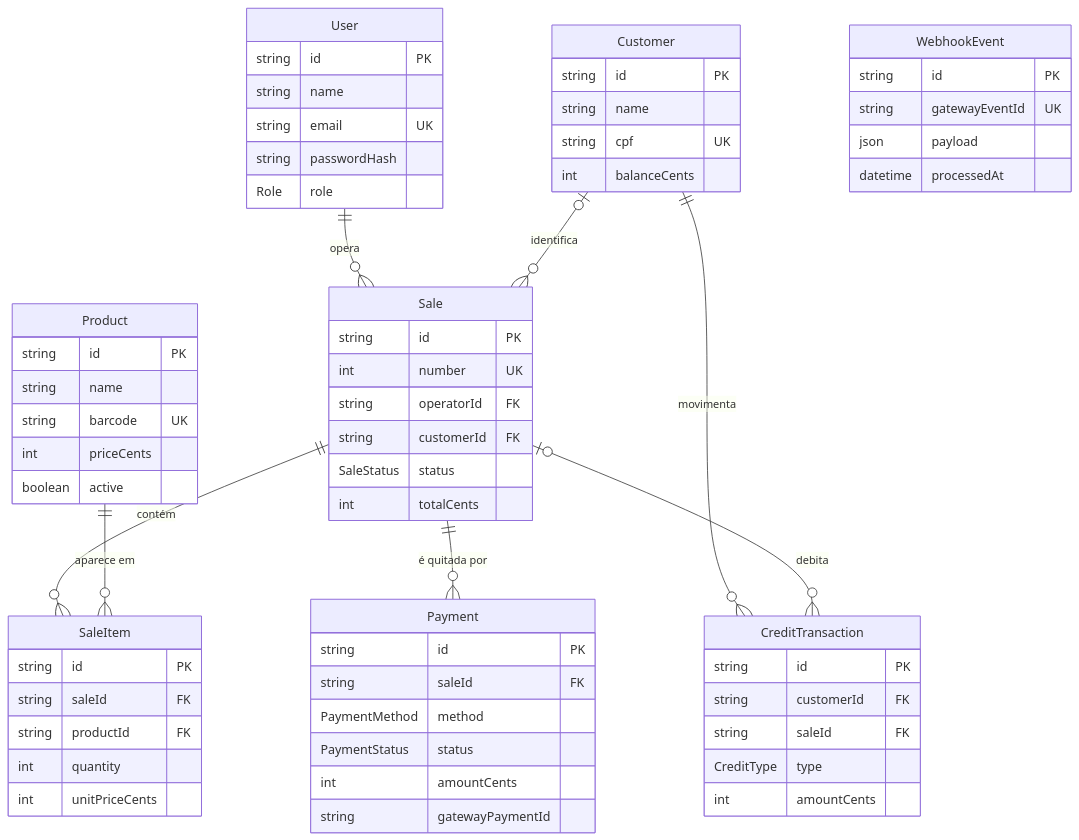
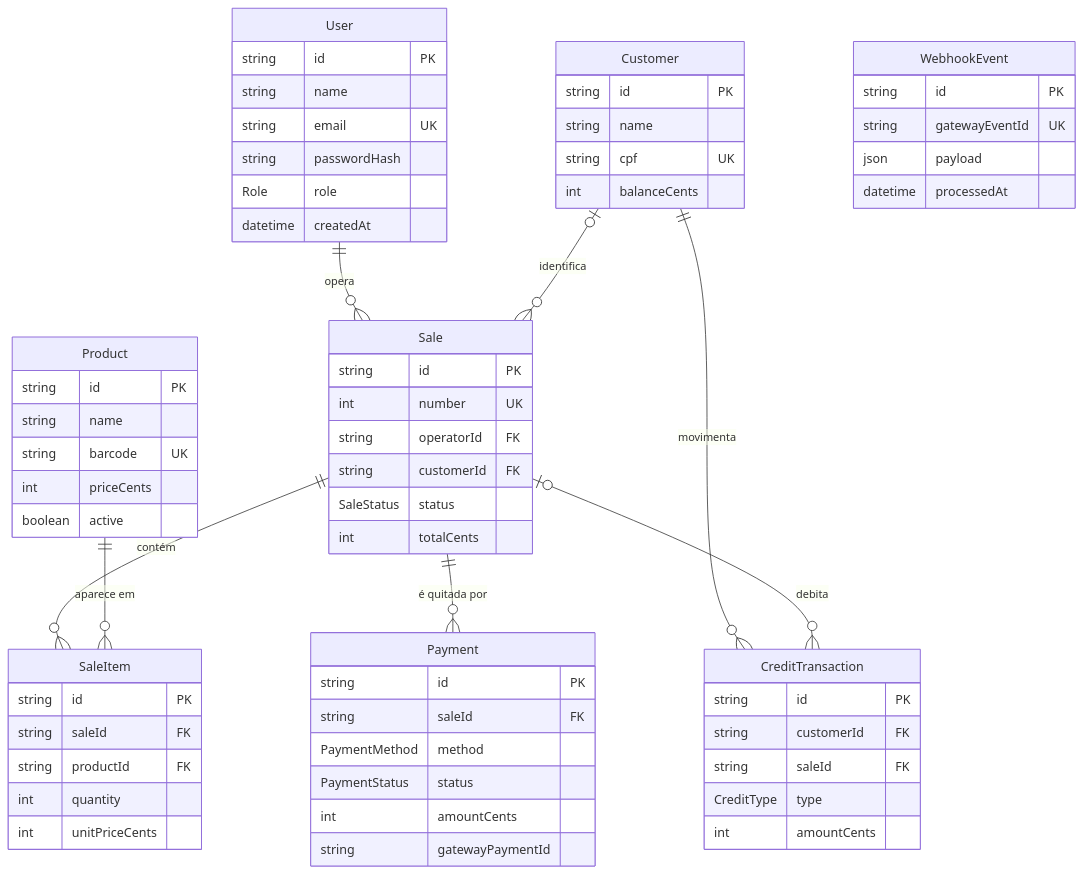
The diagram in docs/architecture.md (JhonPaulMR/bleep-checkout), drawn with Mermaid before and after one commit. The commit also changed other lines of this file and 97 other files, not shown here.

````diff
--- a/docs/architecture.md
+++ b/docs/architecture.md
@@ -189,67 +193,68 @@
 ```mermaid
 erDiagram
   User ||--o{ Sale : "opera"
   Customer |o--o{ Sale : "identifica"
   Customer ||--o{ CreditTransaction : "movimenta"
   Sale ||--o{ SaleItem : "contém"
   Product ||--o{ SaleItem : "aparece em"
   Sale ||--o{ Payment : "é quitada por"
   Sale |o--o{ CreditTransaction : "debita"
 
   User {
     string id PK
     string name
     string email UK
     string passwordHash
     Role role
+    datetime createdAt
   }
   Product {
     string id PK
     string name
     string barcode UK
     int priceCents
     boolean active
   }
   Customer {
     string id PK
     string name
     string cpf UK
     int balanceCents
   }
   CreditTransaction {
     string id PK
     string customerId FK
     string saleId FK
     CreditType type
     int amountCents
   }
   Sale {
     string id PK
     int number UK
     string operatorId FK
     string customerId FK
     SaleStatus status
     int totalCents
   }
   SaleItem {
     string id PK
     string saleId FK
     string productId FK
     int quantity
     int unitPriceCents
   }
   Payment {
     string id PK
     string saleId FK
     PaymentMethod method
     PaymentStatus status
     int amountCents
     string gatewayPaymentId
   }
   WebhookEvent {
     string id PK
     string gatewayEventId UK
     json payload
     datetime processedAt
   }
 ```
````
